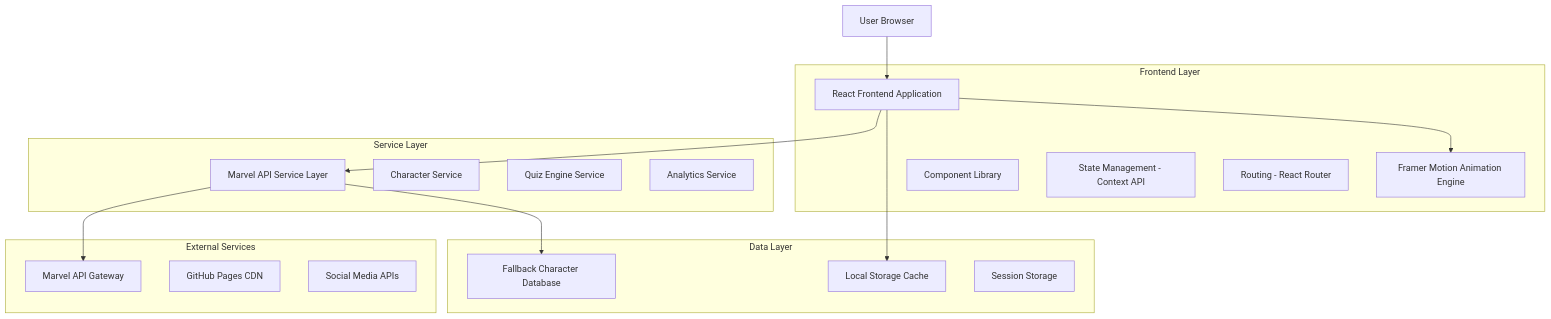
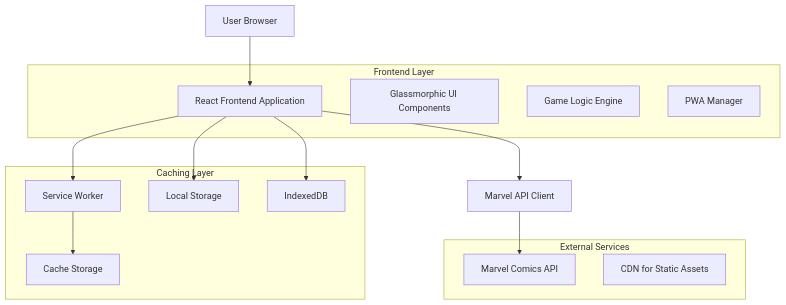
The first of 3 diagrams in .trae/documents/Marvel-Quiz-Technical-Architecture.md (StrayDogSyn/Learner-Files-v3.5), drawn with Mermaid before and after one commit. The commit also changed other lines of this file and 11 other files, not shown here.

First line of the commit message:
feat(doc): overhaul Marvel Quiz technical architecture and development plan

````diff
--- a/.trae/documents/Marvel-Quiz-Technical-Architecture.md
+++ b/.trae/documents/Marvel-Quiz-Technical-Architecture.md
@@ -5,36 +5,29 @@
 ```mermaid
 graph TD
     A[User Browser] --> B[React Frontend Application]
-    B --> C[Marvel API Service Layer]
-    B --> D[Local Storage Cache]
-    B --> E[Framer Motion Animation Engine]
-    C --> F[Marvel API Gateway]
-    C --> G[Fallback Character Database]
+    B --> C[Service Worker]
+    B --> D[Marvel API Client]
+    D --> E[Marvel Comics API]
+    C --> F[Cache Storage]
+    B --> G[Local Storage]
+    B --> H[IndexedDB]
     
     subgraph "Frontend Layer"
         B
-        E
-        H[Component Library]
-        I[State Management - Context API]
-        J[Routing - React Router]
+        I[Glassmorphic UI Components]
+        J[Game Logic Engine]
+        K[PWA Manager]
     end
     
-    subgraph "Service Layer"
+    subgraph "Caching Layer"
         C
-        K[Character Service]
-        L[Quiz Engine Service]
-        M[Analytics Service]
-    end
-    
-    subgraph "Data Layer"
-        D
+        F
         G
-        N[Session Storage]
+        H
     end
     
     subgraph "External Services"
-        F
-        O[GitHub Pages CDN]
-        P[Social Media APIs]
+        E
+        L[CDN for Static Assets]
     end
 ```
````
